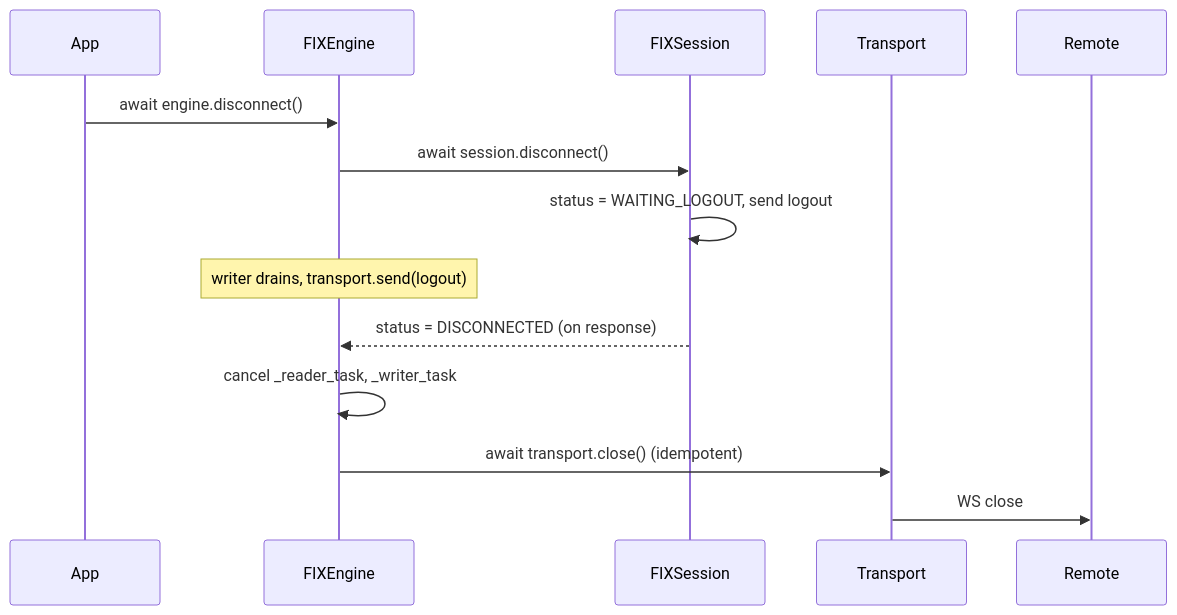
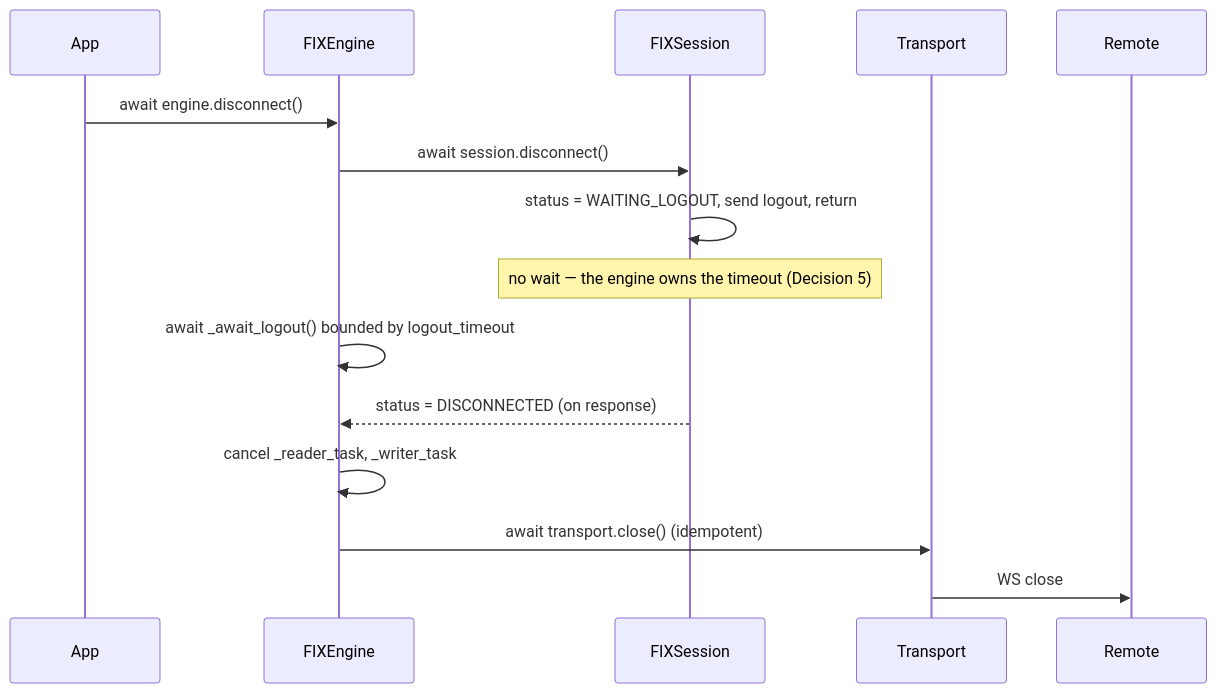
The fourth of 6 diagrams in docs/design/session-transport.md (MatiasAgelvis/Fixwire), drawn with Mermaid before and after one commit. The commit also changed other lines of this file, not shown here.

First line of the commit message:
docs(session-transport): revise ADRs after M1 implementation

````diff
--- a/docs/design/session-transport.md
+++ b/docs/design/session-transport.md
@@ -287,17 +334,18 @@
 ```mermaid
 sequenceDiagram
     participant App
     participant Eng as FIXEngine
     participant S as FIXSession
     participant T as Transport
     participant R as Remote
 
     App->>Eng: await engine.disconnect()
     Eng->>S: await session.disconnect()
-    S->>S: status = WAITING_LOGOUT, send logout
-    Note over Eng: writer drains, transport.send(logout)
+    S->>S: status = WAITING_LOGOUT, send logout, return
+    Note over S: no wait — the engine owns the timeout (Decision 5)
+    Eng->>Eng: await _await_logout() bounded by logout_timeout
     S-->>Eng: status = DISCONNECTED (on response)
     Eng->>Eng: cancel _reader_task, _writer_task
     Eng->>T: await transport.close() (idempotent)
     T->>R: WS close
 ```
````
